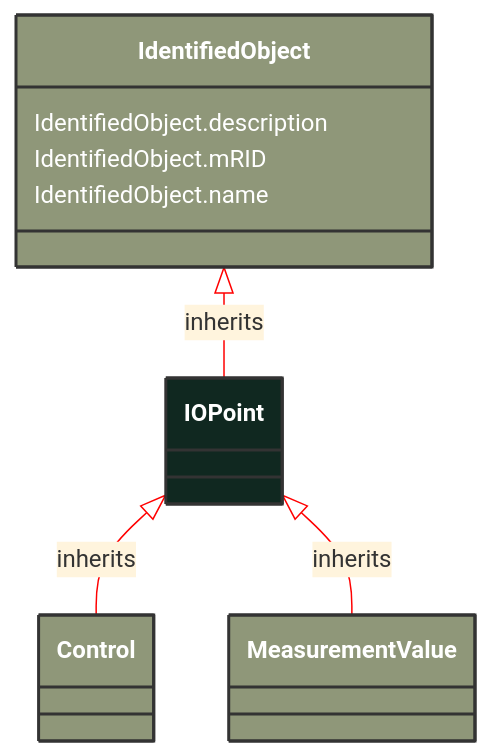
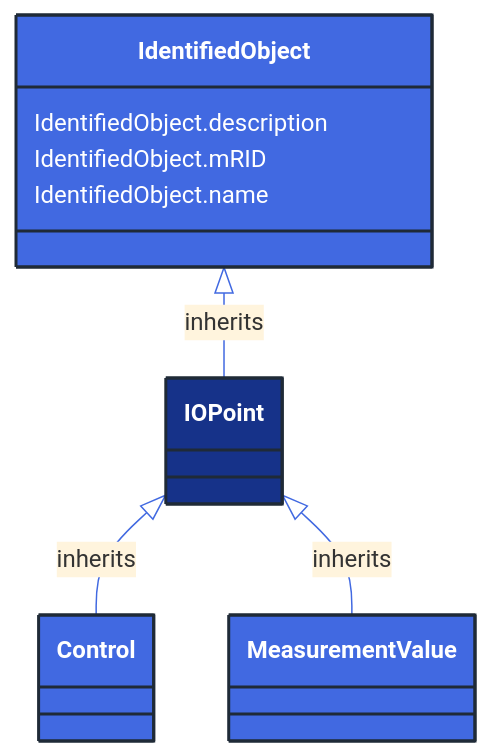
The diagram in docs/Models/Profiles/Operation/AbstractClasses/IOPoint.md (3lbits/NoCIMExtensions), drawn with Mermaid before and after one commit. The commit also changed 362 other files, not shown here.

First line of the commit message:
Update diagrams and styles for improved visual consistency

````diff
--- a/docs/Models/Profiles/Operation/AbstractClasses/IOPoint.md
+++ b/docs/Models/Profiles/Operation/AbstractClasses/IOPoint.md
@@ -10,29 +10,29 @@
 ```mermaid
-%%{init: {'theme':'base','themeVariables': {'lineColor': '#FF0000'}}}%%
+%%{init: {'theme':'base','themeVariables': {'lineColor': '#4169E1'}}}%%
 classDiagram
     class IOPoint
     click IOPoint href "/Models/Profiles/Operation/AbstractClasses/IOPoint/"
-    style IOPoint fill:#102820,stroke:#333,stroke-width:2px,rx:10,ry:10,color:white
+    style IOPoint fill:#163289,stroke:#1F2A37,stroke-width:2px,rx:10,ry:10,color:white
 
         IOPoint <|-- Control : inherits
 
         Control
             click Control href "/Models/Profiles/Operation/AbstractClasses/Control/"
-            style Control fill:#8F9779,stroke:#333,stroke-width:2px,rx:10,ry:10,color:white
+            style Control fill:#4169E1,stroke:#1F2A37,stroke-width:2px,rx:10,ry:10,color:white
 
         IOPoint <|-- MeasurementValue : inherits
 
         MeasurementValue
             click MeasurementValue href "/Models/Profiles/Operation/AbstractClasses/MeasurementValue/"
-            style MeasurementValue fill:#8F9779,stroke:#333,stroke-width:2px,rx:10,ry:10,color:white
+            style MeasurementValue fill:#4169E1,stroke:#1F2A37,stroke-width:2px,rx:10,ry:10,color:white
      
         IdentifiedObject <|-- IOPoint : inherits
             click IdentifiedObject href "/Models/Profiles/Operation/AbstractClasses/IdentifiedObject/"
-            style IdentifiedObject fill:#8F9779,stroke:#333,stroke-width:2px,rx:10,ry:10,color:white
+            style IdentifiedObject fill:#4169E1,stroke:#1F2A37,stroke-width:2px,rx:10,ry:10,color:white
 
 
 
         IdentifiedObject : IdentifiedObject.description
         IdentifiedObject : IdentifiedObject.mRID
         IdentifiedObject : IdentifiedObject.name
 ```
````
